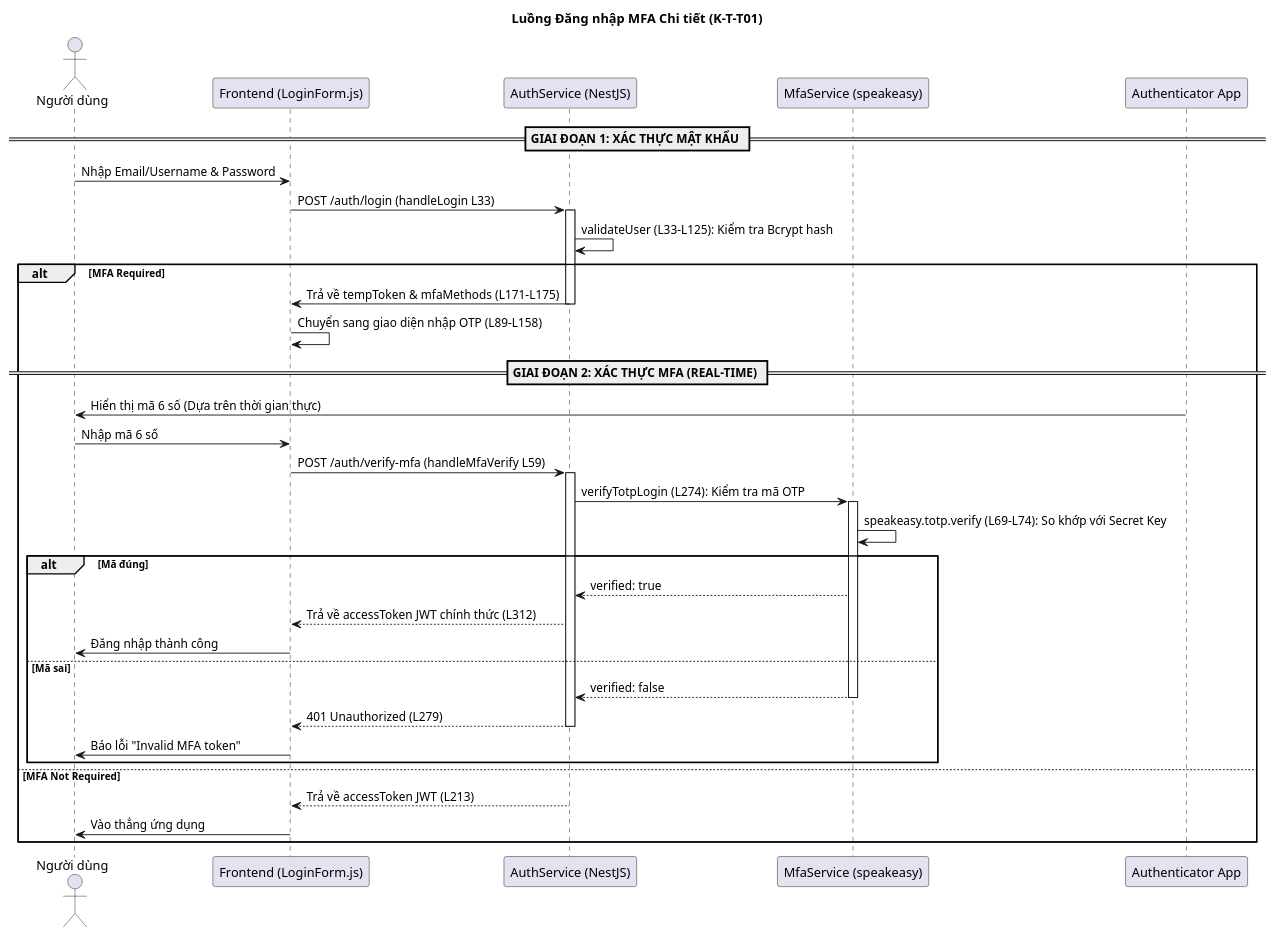
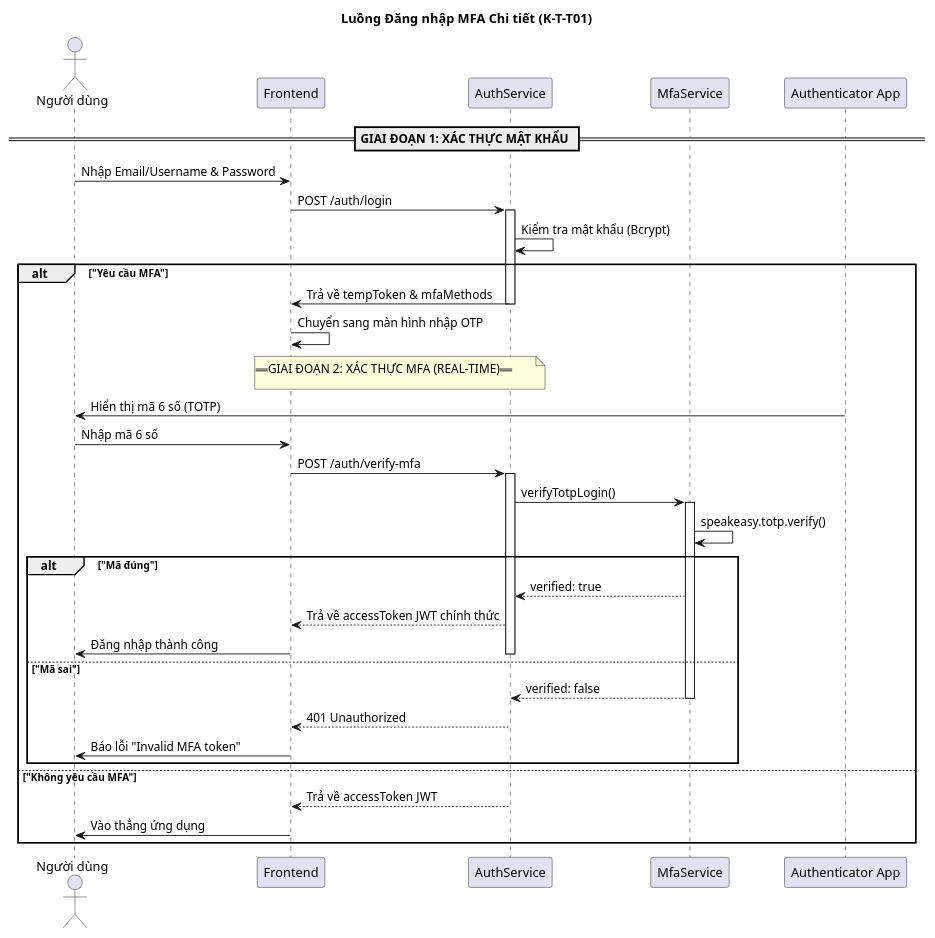
The first of 5 diagrams in docs/TECHNICAL_FLOWS.md (Wendy84205/K-T-T01), drawn with PlantUML before and after one commit. The commit also changed other lines of this file and 9 other files, not shown here.

Commit message:
Update documents and fix E2EE UML diagrams

````diff
--- a/docs/TECHNICAL_FLOWS.md
+++ b/docs/TECHNICAL_FLOWS.md
@@ -13,55 +13,52 @@
 ```plantuml
 @startuml
-skinparam handwritten false
-skinparam monochrome false
-skinparam packageStyle rectangle
-skinparam NoteBackgroundColor #f9f9f9
-
-title Luồng Đăng nhập MFA Chi tiết (K-T-T01)
+title "Luồng Đăng nhập MFA Chi tiết (K-T-T01)"
 
 actor "Người dùng" as User
-participant "Frontend (LoginForm.js)" as FE
-participant "AuthService (NestJS)" as BE_Auth
-participant "MfaService (speakeasy)" as BE_MFA
+participant "Frontend" as FE
+participant "AuthService" as BE_Auth
+participant "MfaService" as BE_MFA
 participant "Authenticator App" as App
 
 == GIAI ĐOẠN 1: XÁC THỰC MẬT KHẨU ==
 
-User -> FE: Nhập Email/Username & Password
-FE -> BE_Auth: POST /auth/login (handleLogin L33)
+User -> FE : Nhập Email/Username & Password
+FE -> BE_Auth : POST /auth/login
 activate BE_Auth
-BE_Auth -> BE_Auth: validateUser (L33-L125): Kiểm tra Bcrypt hash
+BE_Auth -> BE_Auth : Kiểm tra mật khẩu (Bcrypt)
 
-alt MFA Required
-    BE_Auth -> FE: Trả về tempToken & mfaMethods (L171-L175)
+alt "Yêu cầu MFA"
+    BE_Auth -> FE : Trả về tempToken & mfaMethods
     deactivate BE_Auth
-    FE -> FE: Chuyển sang giao diện nhập OTP (L89-L158)
-    
-    == GIAI ĐOẠN 2: XÁC THỰC MFA (REAL-TIME) ==
-    
-    App -> User: Hiển thị mã 6 số (Dựa trên thời gian thực)
-    User -> FE: Nhập mã 6 số
-    FE -> BE_Auth: POST /auth/verify-mfa (handleMfaVerify L59)
+    FE -> FE : Chuyển sang màn hình nhập OTP
+
+    note over FE, BE_Auth : == GIAI ĐOẠN 2: XÁC THỰC MFA (REAL-TIME) ==
+
+    App -> User : Hiển thị mã 6 số (TOTP)
+    User -> FE : Nhập mã 6 số
+    FE -> BE_Auth : POST /auth/verify-mfa
     activate BE_Auth
-    BE_Auth -> BE_MFA: verifyTotpLogin (L274): Kiểm tra mã OTP
+    BE_Auth -> BE_MFA : verifyTotpLogin()
     activate BE_MFA
-    BE_MFA -> BE_MFA: speakeasy.totp.verify (L69-L74): So khớp với Secret Key
-    
-    alt Mã đúng
-        BE_MFA --> BE_Auth: verified: true
-        BE_Auth --> FE: Trả về accessToken JWT chính thức (L312)
-        FE -> User: Đăng nhập thành công
-    else Mã sai
-        BE_MFA --> BE_Auth: verified: false
+    BE_MFA -> BE_MFA : speakeasy.totp.verify()
+
+    alt "Mã đúng"
+        BE_MFA --> BE_Auth : verified: true
+        BE_Auth --> FE : Trả về accessToken JWT chính thức
+        FE -> User : Đăng nhập thành công
+        deactivate BE_Auth
+    else "Mã sai"
+        BE_MFA --> BE_Auth : verified: false
         deactivate BE_MFA
-        BE_Auth --> FE: 401 Unauthorized (L279)
+        BE_Auth --> FE : 401 Unauthorized
         deactivate BE_Auth
-        FE -> User: Báo lỗi "Invalid MFA token"
+        FE -> User : Báo lỗi "Invalid MFA token"
     end
-else MFA Not Required
-    BE_Auth --> FE: Trả về accessToken JWT (L213)
-    FE -> User: Vào thẳng ứng dụng
+else "Không yêu cầu MFA"
+    BE_Auth --> FE : Trả về accessToken JWT
+    deactivate BE_Auth
+    FE -> User : Vào thẳng ứng dụng
 end
 
 @enduml
 ```
````
